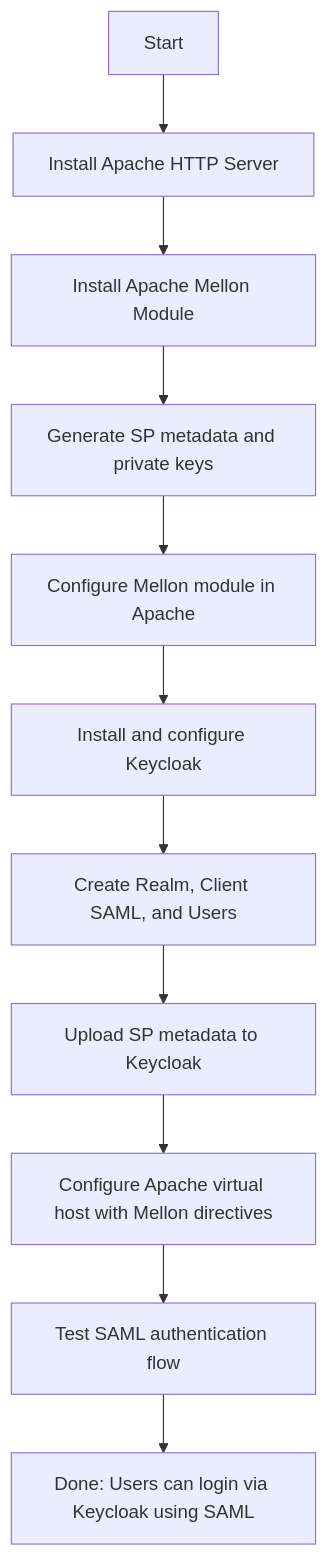
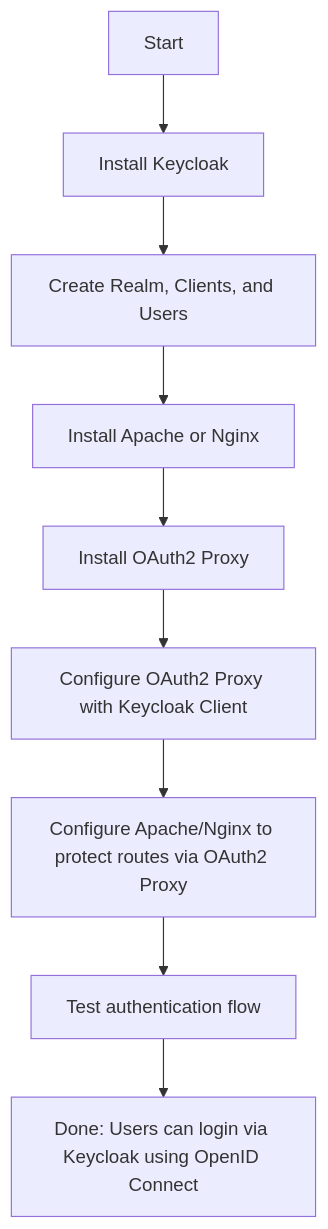
The second of 2 diagrams in openid/README.md (pavbjj/sso-labs), drawn with Mermaid before and after one commit. The commit also changed other lines of this file, not shown here.

````diff
--- a/openid/README.md
+++ b/openid/README.md
@@ -25,14 +23,13 @@
 ``` mermaid
 flowchart TD
-    A[Start] --> B[Install Apache HTTP Server]
-    B --> C[Install Apache Mellon Module]
-    C --> D[Generate SP metadata and private keys]
-    D --> E[Configure Mellon module in Apache]
-    E --> F[Install and configure Keycloak]
-    F --> G[Create Realm, Client SAML, and Users]
-    G --> H[Upload SP metadata to Keycloak]
-    H --> I[Configure Apache virtual host with Mellon directives]
-    I --> J[Test SAML authentication flow]
-    J --> K[Done: Users can login via Keycloak using SAML]
+    A[Start] --> B[Install Keycloak]
+    B --> C[Create Realm, Clients, and Users]
+    C --> D[Install Apache or Nginx]
+    D --> E[Install OAuth2 Proxy]
+    E --> F[Configure OAuth2 Proxy with Keycloak Client]
+    F --> G[Configure Apache/Nginx to protect routes via OAuth2 Proxy]
+    G --> H[Test authentication flow]
+    H --> I[Done: Users can login via Keycloak using OpenID Connect]
+
 
 ```
````
